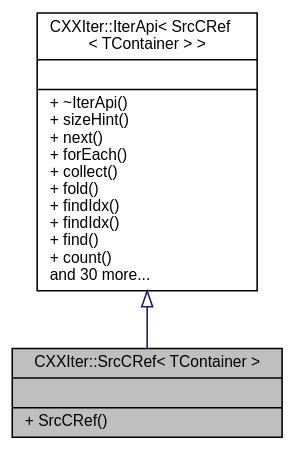
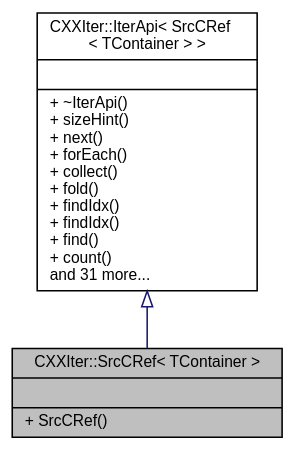
Before and after one commit to seijikun/CXXIter: the diagram in classCXXIter_1_1SrcCRef__inherit__graph.dot, drawn with Graphviz. The commit also changed 23 other files, not shown here.

```diff
--- a/classCXXIter_1_1SrcCRef__inherit__graph.dot
+++ b/classCXXIter_1_1SrcCRef__inherit__graph.dot
@@ -1,11 +1,11 @@
 digraph "CXXIter::SrcCRef&lt; TContainer &gt;"
 {
  // INTERACTIVE_SVG=YES
  // LATEX_PDF_SIZE
   bgcolor="transparent";
   edge [fontname="Helvetica",fontsize="10",labelfontname="Helvetica",labelfontsize="10"];
   node [fontname="Helvetica",fontsize="10",shape=record];
   Node1 [label="{CXXIter::SrcCRef\< TContainer \>\n||+ SrcCRef()\l}",height=0.2,width=0.4,color="black", fillcolor="grey75", style="filled", fontcolor="black",tooltip="CXXIter iterator source that immutably borrows the input item source, and passes immutable references..."];
   Node2 -> Node1 [dir="back",color="midnightblue",fontsize="10",style="solid",arrowtail="onormal",fontname="Helvetica"];
-  Node2 [label="{CXXIter::IterApi\< SrcCRef\l\< TContainer \> \>\n||+ ~IterApi()\l+ sizeHint()\l+ next()\l+ forEach()\l+ collect()\l+ fold()\l+ findIdx()\l+ findIdx()\l+ find()\l+ count()\land 30 more...\l}",height=0.2,width=0.4,color="black",URL="$classCXXIter_1_1IterApi.html",tooltip=" "];
+  Node2 [label="{CXXIter::IterApi\< SrcCRef\l\< TContainer \> \>\n||+ ~IterApi()\l+ sizeHint()\l+ next()\l+ forEach()\l+ collect()\l+ fold()\l+ findIdx()\l+ findIdx()\l+ find()\l+ count()\land 31 more...\l}",height=0.2,width=0.4,color="black",URL="$classCXXIter_1_1IterApi.html",tooltip=" "];
 }
```
